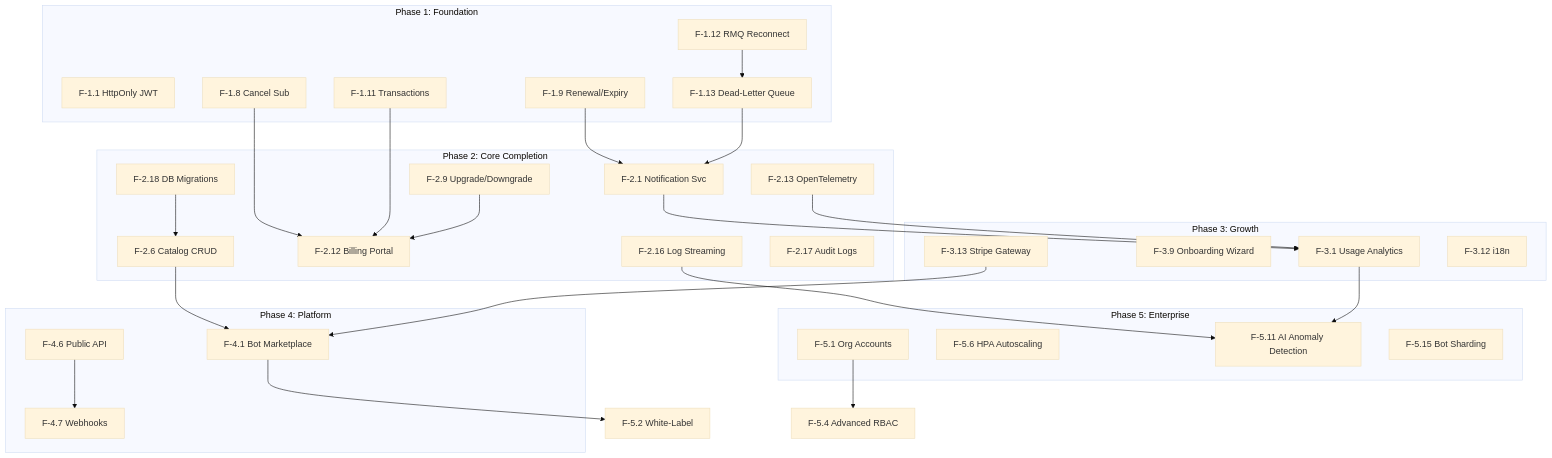
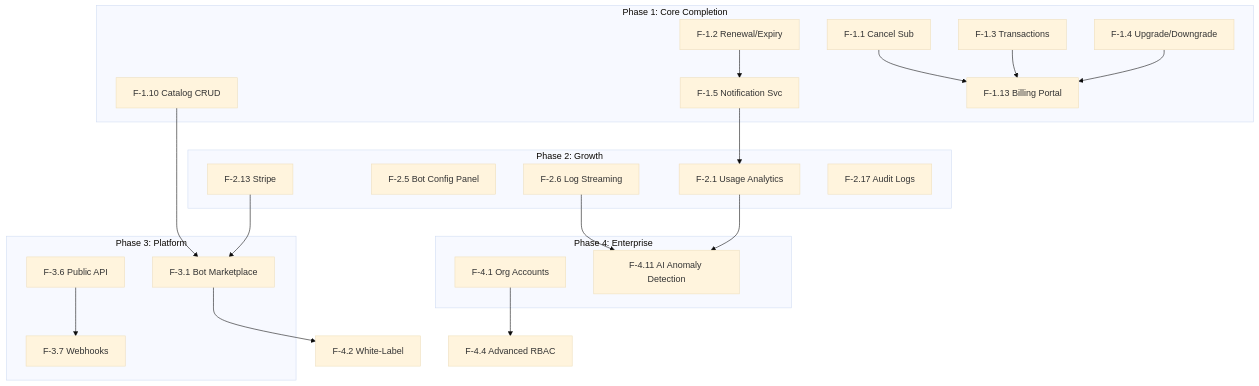
The second of 2 diagrams in docs/FEATURES.md (Abdo30004/discord-subscriptions), drawn with Mermaid (base theme) before and after one commit. The commit also changed other lines of this file and 8 other files, not shown here.

First line of the commit message:
docs: upgrade platform go baseline to 1.26 across architecture manuals

````diff
--- a/docs/FEATURES.md
+++ b/docs/FEATURES.md
@@ -392,64 +349,49 @@
 ```mermaid
 flowchart TD
-    subgraph P1["Phase 1: Foundation"]
-        F1_1["F-1.1 HttpOnly JWT"]
-        F1_8["F-1.8 Cancel Sub"]
-        F1_9["F-1.9 Renewal/Expiry"]
-        F1_11["F-1.11 Transactions"]
-        F1_12["F-1.12 RMQ Reconnect"]
-        F1_13["F-1.13 Dead-Letter Queue"]
+    subgraph P1["Phase 1: Core Completion"]
+        F1_1["F-1.1 Cancel Sub"]
+        F1_2["F-1.2 Renewal/Expiry"]
+        F1_3["F-1.3 Transactions"]
+        F1_4["F-1.4 Upgrade/Downgrade"]
+        F1_5["F-1.5 Notification Svc"]
+        F1_10["F-1.10 Catalog CRUD"]
+        F1_13["F-1.13 Billing Portal"]
     end
 
-    subgraph P2["Phase 2: Core Completion"]
-        F2_1["F-2.1 Notification Svc"]
-        F2_6["F-2.6 Catalog CRUD"]
-        F2_9["F-2.9 Upgrade/Downgrade"]
-        F2_12["F-2.12 Billing Portal"]
-        F2_13["F-2.13 OpenTelemetry"]
-        F2_16["F-2.16 Log Streaming"]
+    subgraph P2["Phase 2: Growth"]
+        F2_1["F-2.1 Usage Analytics"]
+        F2_5["F-2.5 Bot Config Panel"]
+        F2_6["F-2.6 Log Streaming"]
+        F2_13["F-2.13 Stripe"]
         F2_17["F-2.17 Audit Logs"]
-        F2_18["F-2.18 DB Migrations"]
     end
 
-    subgraph P3["Phase 3: Growth"]
-        F3_1["F-3.1 Usage Analytics"]
-        F3_9["F-3.9 Onboarding Wizard"]
-        F3_13["F-3.13 Stripe Gateway"]
-        F3_12["F-3.12 i18n"]
+    subgraph P3["Phase 3: Platform"]
+        F3_1["F-3.1 Bot Marketplace"]
+        F3_6["F-3.6 Public API"]
+        F3_7["F-3.7 Webhooks"]
     end
 
-    subgraph P4["Phase 4: Platform"]
-        F4_1["F-4.1 Bot Marketplace"]
-        F4_6["F-4.6 Public API"]
-        F4_7["F-4.7 Webhooks"]
-    end
-
-    subgraph P5["Phase 5: Enterprise"]
-        F5_1["F-5.1 Org Accounts"]
-        F5_6["F-5.6 HPA Autoscaling"]
-        F5_11["F-5.11 AI Anomaly Detection"]
-        F5_15["F-5.15 Bot Sharding"]
+    subgraph P4["Phase 4: Enterprise"]
+        F4_1["F-4.1 Org Accounts"]
+        F4_11["F-4.11 AI Anomaly Detection"]
     end
 
     %% Dependencies
-    F1_12 --> F1_13
-    F1_9 --> F2_1
-    F1_8 --> F2_12
-    F1_11 --> F2_12
-    F1_13 --> F2_1
+    F1_2 --> F1_5
+    F1_1 --> F1_13
+    F1_3 --> F1_13
+    F1_4 --> F1_13
 
-    F2_1 --> F3_1
-    F2_6 --> F4_1
-    F2_9 --> F2_12
+    F1_5 --> F2_1
+    F1_10 --> F3_1
+    F2_6 --> F4_11
+
     F2_13 --> F3_1
-    F2_16 --> F5_11
-    F2_18 --> F2_6
+    F2_1 --> F4_11
 
-    F3_1 --> F5_11
-    F3_13 --> F4_1
+    F3_6 --> F3_7
+    F3_1 --> F4_2["F-4.2 White-Label"]
 
-    F4_6 --> F4_7
-    F4_1 --> F5_2["F-5.2 White-Label"]
-
-    F5_1 --> F5_4["F-5.4 Advanced RBAC"]
+    F4_1 --> F4_4["F-4.4 Advanced RBAC"]
 ```
````
